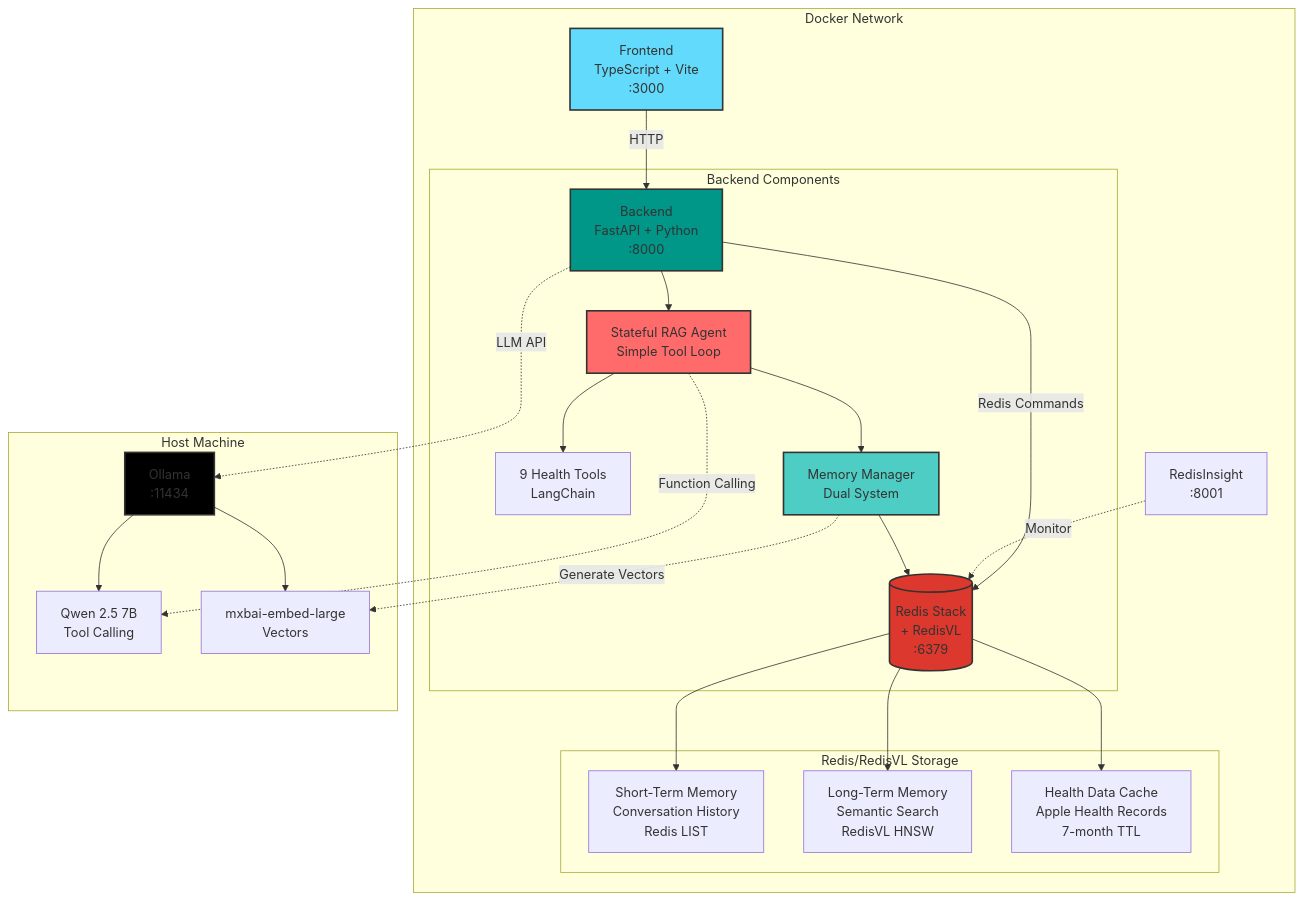
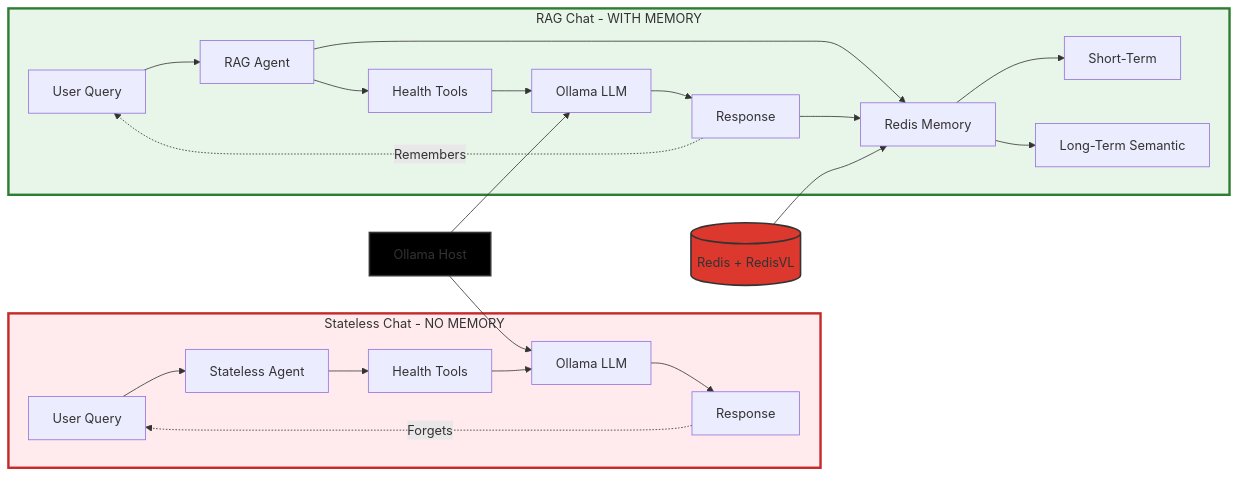
The diagram in README.md (AllieRays/redis-wellness), drawn with Mermaid before and after one commit. The commit also changed other lines of this file, not shown here.

Commit message:
Simplify architecture diagram to focus on demo comparison
BEFORE: Complex diagram with too many internal details
AFTER: Clear side-by-side comparison showing the key difference

Changes:
- Show Stateless vs RAG Chat side-by-side
- Visual contrast: Red (no memory) vs Green (with memory)
- Simple flow: Query → Agent → Tools → LLM → Response
- RAG side shows Redis Memory (short-term + long-term)
- Add comparison table highlighting key differences

Focus on the demo's purpose:
- Demonstrating why memory matters
- Clear visual of what changes (Redis/RedisVL added)
- Easy to understand at a glance

Much better for README - shows the 'aha!' moment of the demo

````diff
--- a/README.md
+++ b/README.md
@@ -36,54 +36,31 @@
 ```mermaid
-graph TB
-    subgraph Docker["Docker Network"]
-        Frontend["Frontend<br/>TypeScript + Vite<br/>:3000"]
-        Backend["Backend<br/>FastAPI + Python<br/>:8000"]
-        Redis[("Redis Stack<br/>+ RedisVL<br/>:6379")]
-        RedisInsight["RedisInsight<br/>:8001"]
-
-        Frontend -->|HTTP| Backend
-        Backend -->|Redis Commands| Redis
-        RedisInsight -.->|Monitor| Redis
-
-        subgraph BackendComponents["Backend Components"]
-            Agent["Stateful RAG Agent<br/>Simple Tool Loop"]
-            Tools["9 Health Tools<br/>LangChain"]
-            Memory["Memory Manager<br/>Dual System"]
-
-            Backend --> Agent
-            Agent --> Tools
-            Agent --> Memory
-            Memory --> Redis
-        end
-
-        subgraph RedisStorage["Redis/RedisVL Storage"]
-            ShortTerm["Short-Term Memory<br/>Conversation History<br/>Redis LIST"]
-            LongTerm["Long-Term Memory<br/>Semantic Search<br/>RedisVL HNSW"]
-            HealthData["Health Data Cache<br/>Apple Health Records<br/>7-month TTL"]
-
-            Redis --> ShortTerm
-            Redis --> LongTerm
-            Redis --> HealthData
-        end
+graph LR
+    subgraph Stateless["Stateless Chat - NO MEMORY"]
+        SUser[User Query] --> SAgent[Stateless Agent]
+        SAgent --> STools[Health Tools]
+        STools --> SLLM[Ollama LLM]
+        SLLM --> SResponse[Response]
+        SResponse -.->|Forgets| SUser
     end
 
-    subgraph Host["Host Machine"]
-        Ollama["Ollama<br/>:11434"]
-        LLM["Qwen 2.5 7B<br/>Tool Calling"]
-        Embeddings["mxbai-embed-large<br/>Vectors"]
-
-        Ollama --> LLM
-        Ollama --> Embeddings
+    subgraph RAG["RAG Chat - WITH MEMORY"]
+        RUser[User Query] --> RAgent[RAG Agent]
+        RAgent --> RMemory[Redis Memory]
+        RMemory --> RShort[Short-Term]
+        RMemory --> RLong[Long-Term Semantic]
+        RAgent --> RTools[Health Tools]
+        RTools --> RLLM[Ollama LLM]
+        RLLM --> RResponse[Response]
+        RResponse --> RMemory
+        RResponse -.->|Remembers| RUser
     end
 
-    Backend -.->|LLM API| Ollama
-    Agent -.->|Function Calling| LLM
-    Memory -.->|Generate Vectors| Embeddings
+    Redis[(Redis + RedisVL)] --> RMemory
+    Ollama[Ollama Host] --> SLLM
+    Ollama --> RLLM
 
-    style Frontend fill:#61dafb,stroke:#333,stroke-width:2px
-    style Backend fill:#009688,stroke:#333,stroke-width:2px
+    style Stateless fill:#ffebee,stroke:#c62828,stroke-width:3px
+    style RAG fill:#e8f5e9,stroke:#2e7d32,stroke-width:3px
     style Redis fill:#dc382d,stroke:#333,stroke-width:2px
     style Ollama fill:#000,stroke:#333,stroke-width:2px
-    style Agent fill:#ff6b6b,stroke:#333,stroke-width:2px
-    style Memory fill:#4ecdc4,stroke:#333,stroke-width:2px
 ```
````
